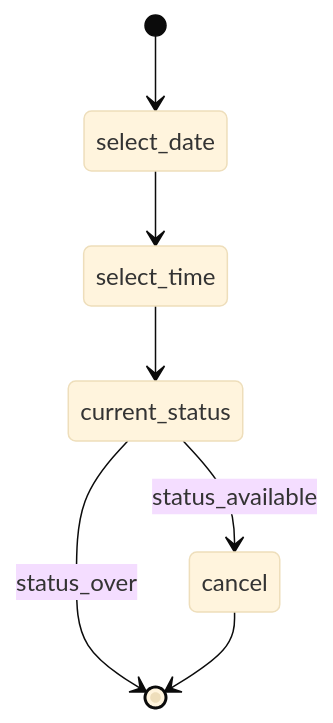
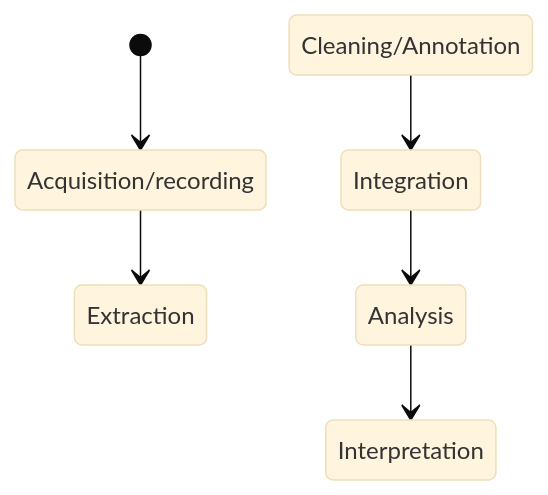
Before and after one commit to Sagarika9316/About-bigdata: the diagram in README.md, drawn with Mermaid (base theme).

````diff
--- a/README.md
+++ b/README.md
@@ -79,9 +79,8 @@
 ```mermaid
 stateDiagram-v2
-   [*] --> select_date
-   select_date --> select_time
-   select_time --> current_status
-   current_status --> cancel: status_available
-   current_status --> [*]: status_over
-   cancel --> [*]
+   [*] --> Acquisition/recording
+  Acquisition/recording --> Extraction Cleaning/Annotation
+   Extraction Cleaning/Annotation --> Integration
+   Integration --> Analysis
+   Analysis --> Interpretation
 ```
````
